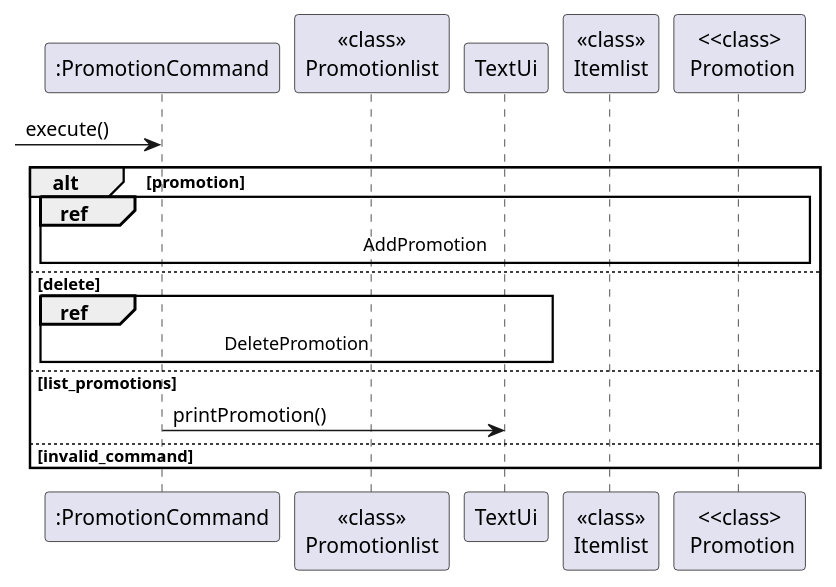
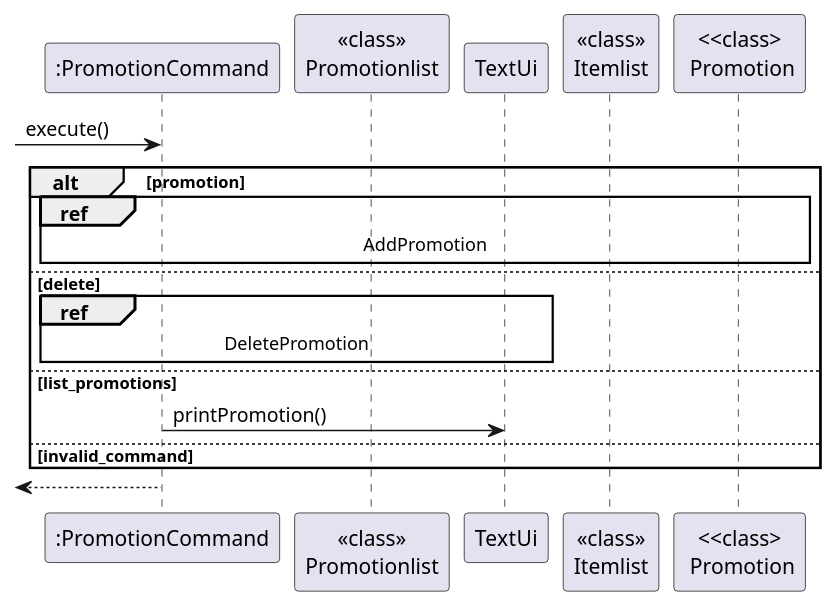
One commit to LowTL/tp changed the diagram in docs/Diagrams/PUML files/Promotion_SequenceDigram.puml. Above: the diagram before and after it, drawn with PlantUML. The commit also changed 16 other files, not shown here.

```diff
--- a/docs/Diagrams/PUML files/Promotion_SequenceDigram.puml
+++ b/docs/Diagrams/PUML files/Promotion_SequenceDigram.puml
@@ -1,21 +1,24 @@
 @startuml
 'https://plantuml.com/sequence-diagram
 
 participant ":PromotionCommand" as PromotionCommand
 participant "<<class>>\nPromotionlist" as PromotionList
 participant TextUi
 participant "<<class>>\nItemlist" as Itemlist
 participant "<<class>\n Promotion" as Promotion
 
 
 -> PromotionCommand: execute()
 
 alt promotion
     ref over PromotionCommand, PromotionList, Itemlist, Promotion, TextUi : AddPromotion
 else delete
     ref over PromotionCommand, PromotionList, TextUi : DeletePromotion
 else list_promotions
     PromotionCommand -> TextUi: printPromotion()
 else invalid_command
 end
+
+<-- PromotionCommand
+
 @enduml
```
